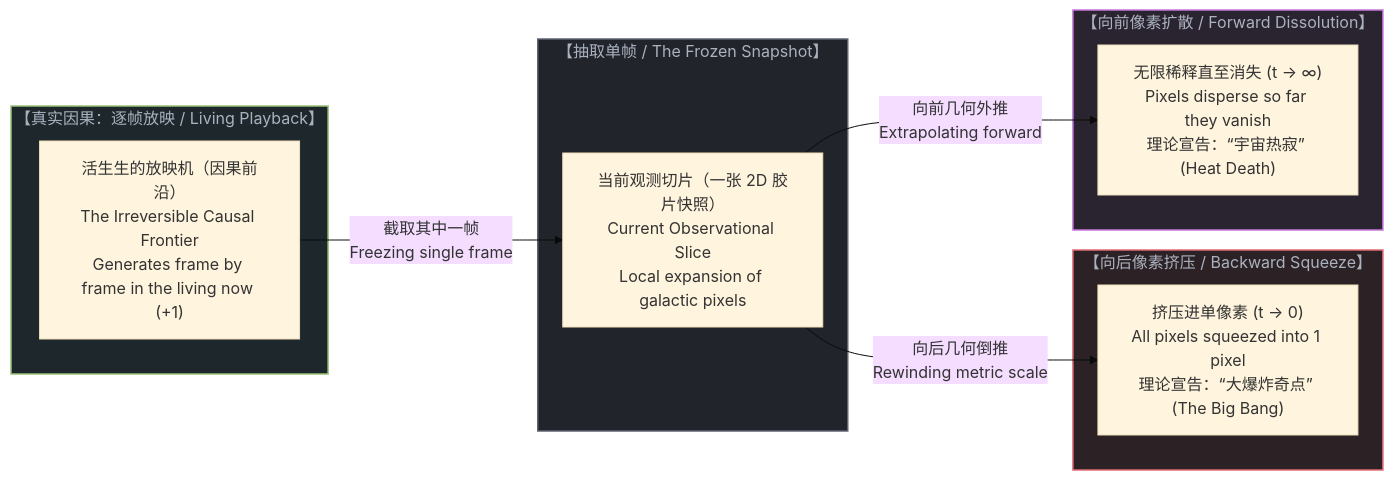
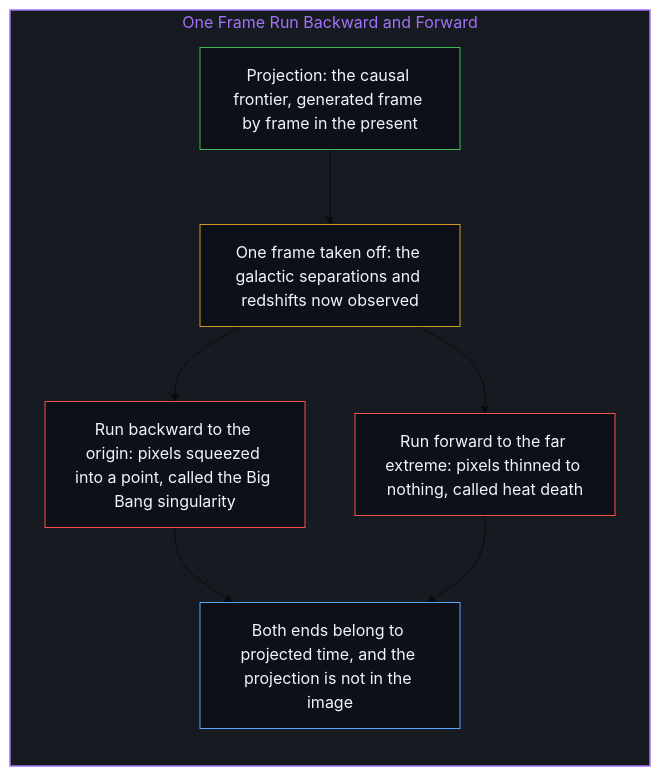
Before and after one commit to powerpig99/not-a-toe: diagram 12 of 18 in content/posts/the-twin-paradox-and-the-hidden-observer.md, drawn with Mermaid (base theme). The commit also changed other lines of this file and 3 other files, not shown here.

Commit message:
Refine the-twin-paradox-and-the-hidden-observer: alternating bilingual layout, nine paired diagrams, projected time and lived time, implicit first person

````diff
--- a/content/posts/the-twin-paradox-and-the-hidden-observer.md
+++ b/content/posts/the-twin-paradox-and-the-hidden-observer.md
@@ -325,27 +393,23 @@
 ```mermaid
-graph LR
-    subgraph Reality["【真实因果：逐帧放映 / Living Playback】"]
-        Projector["活生生的放映机（因果前沿）<br>The Irreversible Causal Frontier<br>Generates frame by frame in the living now (+1)"]
+flowchart TD
+    subgraph S_Frame["One Frame Run Backward and Forward"]
+        direction TB
+        Proj["Projection: the causal frontier, generated frame by frame in the present"]
+        Frame["One frame taken off: the galactic separations and redshifts now observed"]
+        Back["Run backward to the origin: pixels squeezed into a point, called the Big Bang singularity"]
+        Fwd["Run forward to the far extreme: pixels thinned to nothing, called heat death"]
+        Ends["Both ends belong to projected time, and the projection is not in the image"]
+        Proj --> Frame
+        Frame --> Back
+        Frame --> Fwd
+        Back --> Ends
+        Fwd --> Ends
     end
 
-    subgraph Freeze["【抽取单帧 / The Frozen Snapshot】"]
-        Frame["当前观测切片（一张 2D 胶片快照）<br>Current Observational Slice<br>Local expansion of galactic pixels"]
-    end
-
-    subgraph Squeeze["【向后像素挤压 / Backward Squeeze】"]
-        Pixel1["挤压进单像素 (t → 0)<br>All pixels squeezed into 1 pixel<br>理论宣告：“大爆炸奇点” (The Big Bang)"]
-    end
-
-    subgraph Dissolve["【向前像素扩散 / Forward Dissolution】"]
-        PixelInf["无限稀释直至消失 (t → ∞)<br>Pixels disperse so far they vanish<br>理论宣告：“宇宙热寂” (Heat Death)"]
-    end
-
-    Projector -->|"截取其中一帧<br>Freezing single frame"| Frame
-    Frame -->|"向后几何倒推<br>Rewinding metric scale"| Pixel1
-    Frame -->|"向前几何外推<br>Extrapolating forward"| PixelInf
-
-    style Reality fill:#1e272c,stroke:#98c379,stroke-width:1.5px,color:#abb2bf
-    style Freeze fill:#21252b,stroke:#5c6370,stroke-width:1.5px,color:#abb2bf
-    style Squeeze fill:#2c2226,stroke:#e06c75,stroke-width:1.5px,color:#abb2bf
-    style Dissolve fill:#2a2430,stroke:#c678dd,stroke-width:1.5px,color:#abb2bf
+    style S_Frame fill:#161b22,stroke:#a371f7,stroke-width:1.5px,color:#a371f7
+    style Proj fill:#0d1117,stroke:#3fb950,stroke-width:1px,color:#f0f6fc
+    style Frame fill:#0d1117,stroke:#d29922,stroke-width:1px,color:#f0f6fc
+    style Back fill:#0d1117,stroke:#f85149,stroke-width:1px,color:#f0f6fc
+    style Fwd fill:#0d1117,stroke:#f85149,stroke-width:1px,color:#f0f6fc
+    style Ends fill:#0d1117,stroke:#58a6ff,stroke-width:1px,color:#f0f6fc
 ```
````
